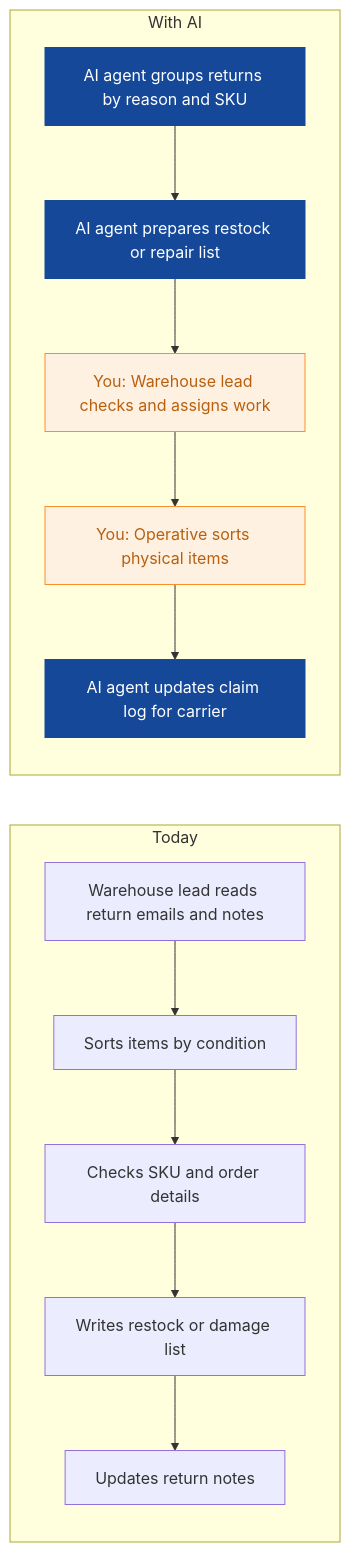
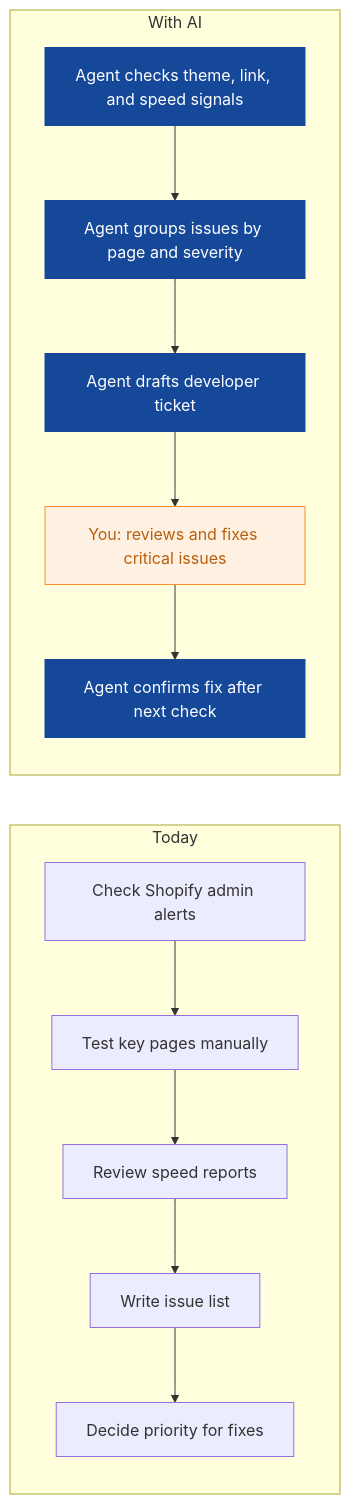
One commit to nexibeo/Complete-AI-Strategy changed the seventh of 8 diagrams in strategies/tidewell-outdoor.md. Above: the diagram before and after it, drawn with Mermaid. The commit also changed other lines of this file and 26 other files, not shown here.

````diff
--- a/strategies/tidewell-outdoor.md
+++ b/strategies/tidewell-outdoor.md
@@ -249,23 +226,23 @@
 ```mermaid
 flowchart LR
   subgraph Today
-    B0["Warehouse lead reads return emails and notes"]
-    B1["Sorts items by condition"]
-    B2["Checks SKU and order details"]
-    B3["Writes restock or damage list"]
-    B4["Updates return notes"]
+    B0["Check Shopify admin alerts"]
+    B1["Test key pages manually"]
+    B2["Review speed reports"]
+    B3["Write issue list"]
+    B4["Decide priority for fixes"]
     B0 --> B1 --> B2 --> B3 --> B4
   end
   subgraph WithAI[With AI]
-    A0["AI agent groups returns by reason and SKU"]
-    A1["AI agent prepares restock or repair list"]
-    A2["You: Warehouse lead checks and assigns work"]
-    A3["You: Operative sorts physical items"]
-    A4["AI agent updates claim log for carrier"]
+    A0["Agent checks theme, link, and speed signals"]
+    A1["Agent groups issues by page and severity"]
+    A2["Agent drafts developer ticket"]
+    A3["You: reviews and fixes critical issues"]
+    A4["Agent confirms fix after next check"]
     A0 --> A1 --> A2 --> A3 --> A4
   end
   classDef ai fill:#154899,color:#fff,stroke:#154899
   classDef human fill:#FFF1E2,color:#B8600F,stroke:#F98F2C
-  class A0,A1,A4 ai
-  class A2,A3 human
+  class A0,A1,A2,A4 ai
+  class A3 human
 ```
````
